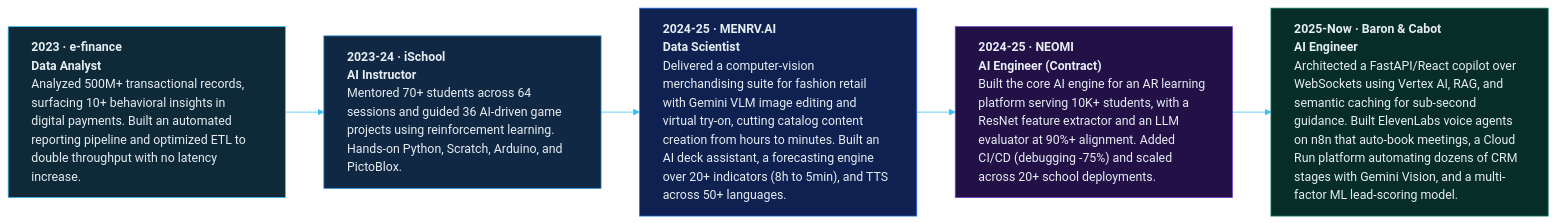
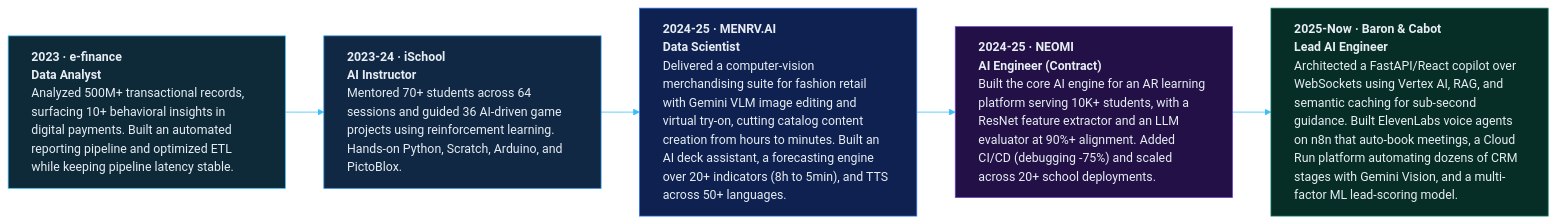
One commit to eyadelfar/eyadelfar.github.io changed the first of 2 diagrams in github_readme.md. Above: the diagram before and after it, drawn with Mermaid. The commit also changed other lines of this file and 48 other files, not shown here.

````diff
--- a/github_readme.md
+++ b/github_readme.md
@@ -76,17 +76,17 @@
 ```mermaid
 %%{init: {'theme':'base','flowchart':{'wrappingWidth':300},'themeVariables':{'fontFamily':'monospace','lineColor':'#3ABEF9'}}}%%
 flowchart LR
-    E["<b>2023 · e-finance</b><br/><b>Data Analyst</b><br/>Analyzed 500M+ transactional records, surfacing 10+ behavioral insights in digital payments. Built an automated reporting pipeline and optimized ETL to double throughput with no latency increase."]:::c0
+    E["<b>2023 · e-finance</b><br/><b>Data Analyst</b><br/>Analyzed 500M+ transactional records, surfacing 10+ behavioral insights in digital payments. Built an automated reporting pipeline and optimized ETL while keeping pipeline latency stable."]:::c0
     I["<b>2023-24 · iSchool</b><br/><b>AI Instructor</b><br/>Mentored 70+ students across 64 sessions and guided 36 AI-driven game projects using reinforcement learning. Hands-on Python, Scratch, Arduino, and PictoBlox."]:::c1
     M["<b>2024-25 · MENRV.AI</b><br/><b>Data Scientist</b><br/>Delivered a computer-vision merchandising suite for fashion retail with Gemini VLM image editing and virtual try-on, cutting catalog content creation from hours to minutes. Built an AI deck assistant, a forecasting engine over 20+ indicators (8h to 5min), and TTS across 50+ languages."]:::c2
     N["<b>2024-25 · NEOMI</b><br/><b>AI Engineer (Contract)</b><br/>Built the core AI engine for an AR learning platform serving 10K+ students, with a ResNet feature extractor and an LLM evaluator at 90%+ alignment. Added CI/CD (debugging -75%) and scaled across 20+ school deployments."]:::c3
-    B["<b>2025-Now · Baron & Cabot</b><br/><b>AI Engineer</b><br/>Architected a FastAPI/React copilot over WebSockets using Vertex AI, RAG, and semantic caching for sub-second guidance. Built ElevenLabs voice agents on n8n that auto-book meetings, a Cloud Run platform automating dozens of CRM stages with Gemini Vision, and a multi-factor ML lead-scoring model."]:::c4
+    B["<b>2025-Now · Baron & Cabot</b><br/><b>Lead AI Engineer</b><br/>Architected a FastAPI/React copilot over WebSockets using Vertex AI, RAG, and semantic caching for sub-second guidance. Built ElevenLabs voice agents on n8n that auto-book meetings, a Cloud Run platform automating dozens of CRM stages with Gemini Vision, and a multi-factor ML lead-scoring model."]:::c4
 
     E --> I --> M --> N --> B
 
     classDef c0 fill:#0E2A38,stroke:#3ABEF9,color:#E6EDF3,text-align:left;
     classDef c1 fill:#102844,stroke:#2D8FE0,color:#E6EDF3,text-align:left;
     classDef c2 fill:#0E2150,stroke:#1F6FEB,color:#E6EDF3,text-align:left;
     classDef c3 fill:#231047,stroke:#6E40C9,color:#E6EDF3,text-align:left;
     classDef c4 fill:#062E27,stroke:#0E7C66,color:#E6EDF3,text-align:left;
 ```
````
